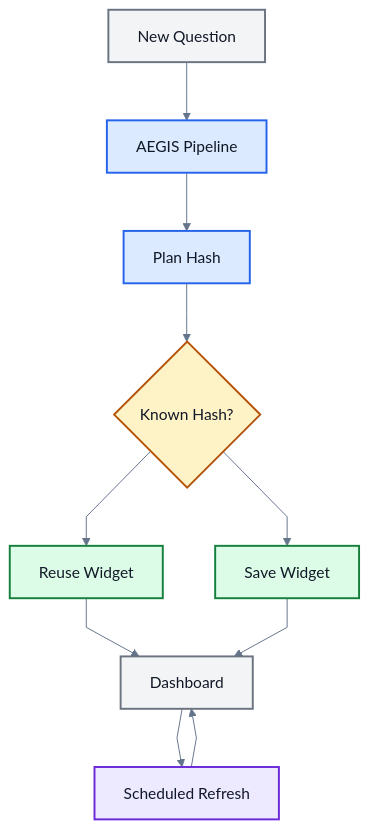
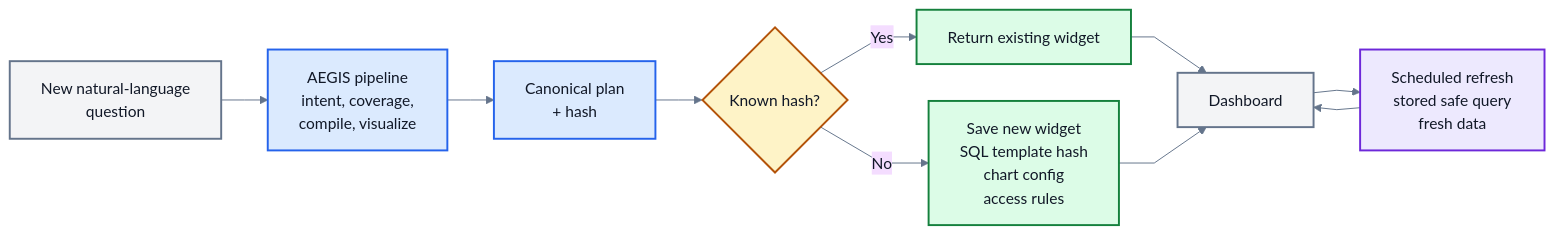
The diagram in docs/scripts/thesis_book_generator/figures/source/figure-08-widget-lifecycle.mmd (md-riaz/AEGIS-Research), drawn with Mermaid before and after one commit. The commit also changed 21 other files, not shown here.

```diff
--- a/docs/scripts/thesis_book_generator/figures/source/figure-08-widget-lifecycle.mmd
+++ b/docs/scripts/thesis_book_generator/figures/source/figure-08-widget-lifecycle.mmd
@@ -1,28 +1,30 @@
 %% AEGIS thesis Figure 8 source
-%%{init: {"theme": "base", "themeCSS": ".nodeLabel, .edgeLabel, .cluster-label { font-family: Arial, sans-serif !important; }", "themeVariables": {"fontFamily": "Arial, sans-serif", "primaryTextColor": "#111827", "lineColor": "#64748b"}, "flowchart": {"nodeSpacing": 54, "rankSpacing": 60, "curve": "linear"}}}%%
-flowchart TB
-    Q["New Question"]
-    PIPE["AEGIS Pipeline"]
-    HASH["Plan Hash"]
-    DEC{"Known Hash?"}
-    CACHE["Reuse Widget"]
-    SAVE["Save Widget"]
+%%{init: {"theme": "base", "themeCSS": ".nodeLabel, .edgeLabel, .cluster-label { font-family: Arial, sans-serif !important; } .nodeLabel { font-size: 16px; } .edgeLabel { font-size: 14px; } .cluster-label { font-weight: 700; }", "themeVariables": {"fontFamily": "Arial, sans-serif", "primaryTextColor": "#111827", "lineColor": "#64748b"}, "flowchart": {"nodeSpacing": 38, "rankSpacing": 48, "curve": "linear", "padding": 16}}}%%
+flowchart LR
+    Q["New natural-language<br/>question"]
+    PIPE["AEGIS pipeline<br/>intent, coverage,<br/>compile, visualize"]
+    PLAN["Canonical plan<br/>+ hash"]
+    DEC{"Known hash?"}
+    REUSE["Return existing widget"]
+    SAVE["Save new widget<br/>SQL template hash<br/>chart config<br/>access rules"]
     DASH["Dashboard"]
-    REFRESH["Scheduled Refresh"]
+    REF["Scheduled refresh<br/>stored safe query<br/>fresh data"]
 
-    Q --> PIPE --> HASH --> DEC
-    DEC --> CACHE --> DASH
-    DEC --> SAVE --> DASH
-    DASH --> REFRESH --> DASH
+    Q --> PIPE --> PLAN --> DEC
+    DEC -- "Yes" --> REUSE
+    DEC -- "No" --> SAVE
+    REUSE --> DASH
+    SAVE --> DASH
+    DASH --> REF --> DASH
 
-    classDef start fill:#f3f4f6,stroke:#6b7280,color:#111827,stroke-width:2px;
+    classDef start fill:#f3f4f6,stroke:#64748b,color:#111827,stroke-width:2px;
     classDef process fill:#dbeafe,stroke:#2563eb,color:#111827,stroke-width:2px;
     classDef decision fill:#fef3c7,stroke:#b45309,color:#111827,stroke-width:2px;
     classDef store fill:#dcfce7,stroke:#15803d,color:#111827,stroke-width:2px;
     classDef refresh fill:#ede9fe,stroke:#6d28d9,color:#111827,stroke-width:2px;
 
     class Q,DASH start;
-    class PIPE,HASH process;
+    class PIPE,PLAN,HASH process;
     class DEC decision;
-    class CACHE,SAVE store;
-    class REFRESH refresh;
+    class REUSE,SAVE store;
+    class REF refresh;
```
